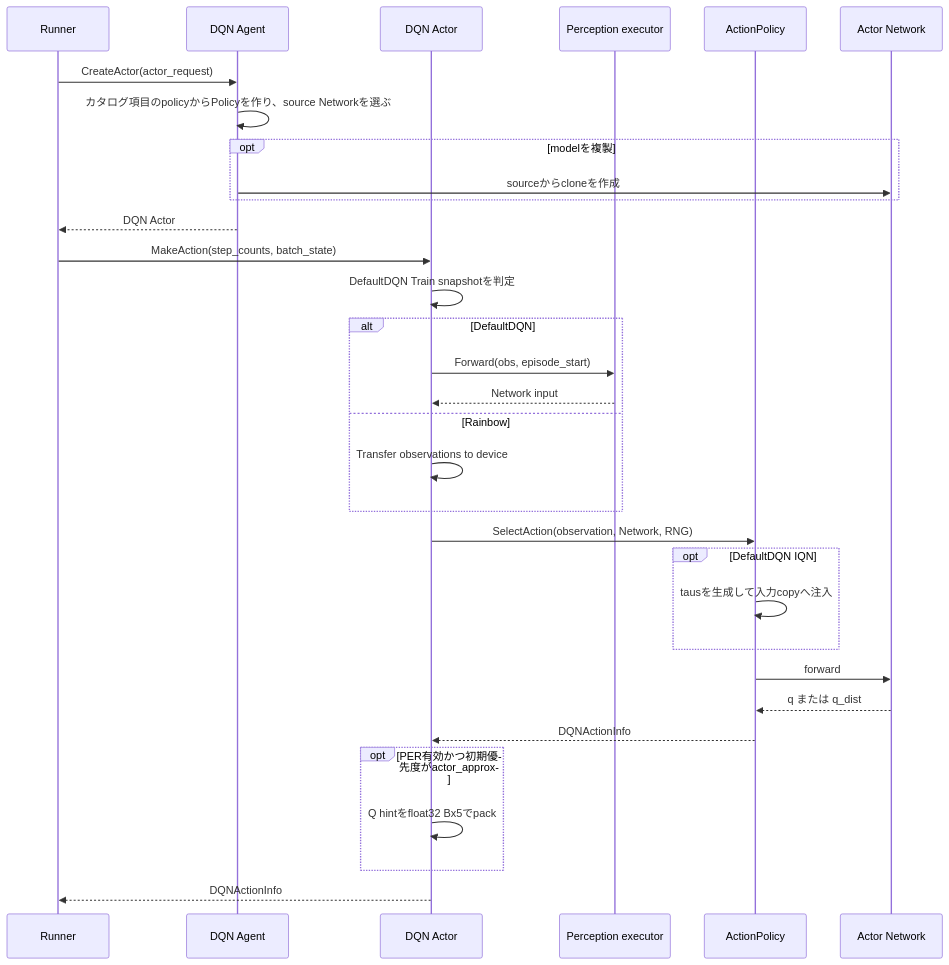
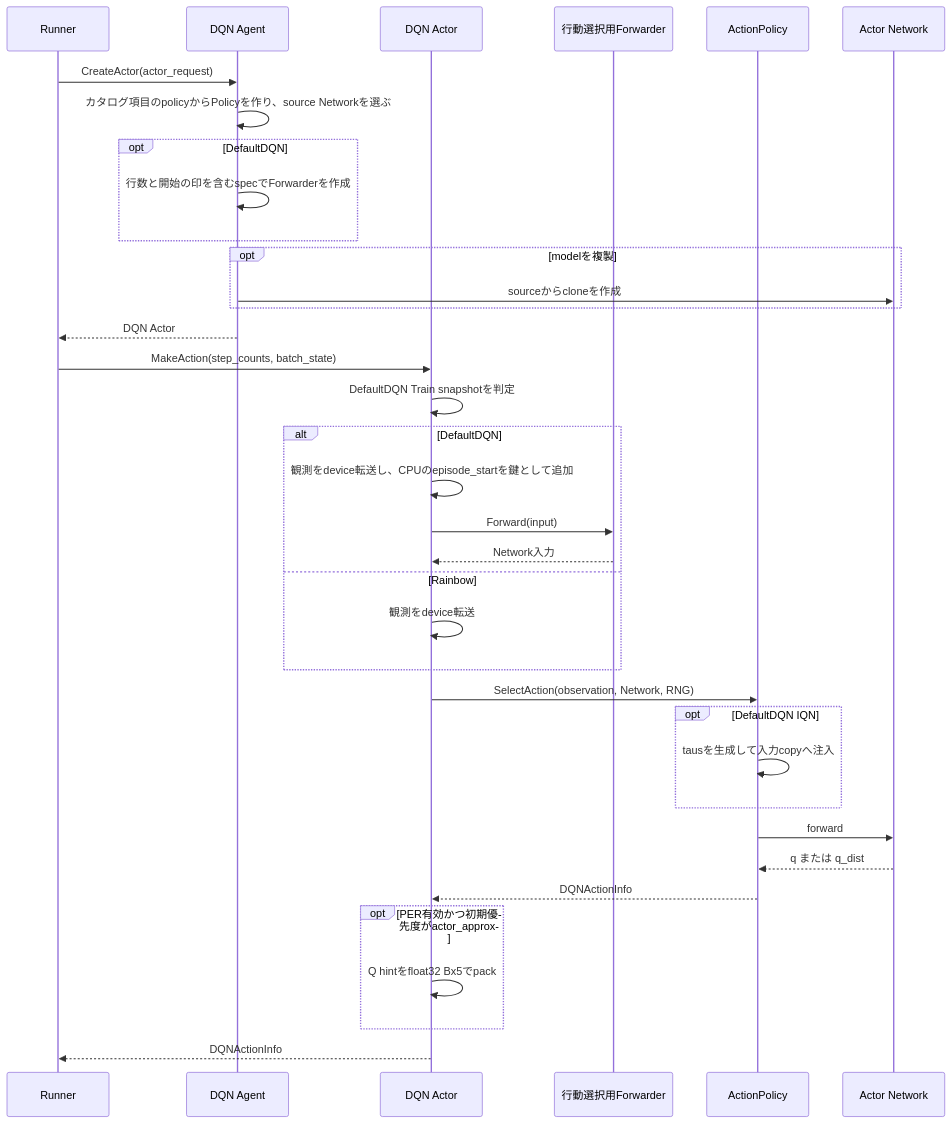
One commit to kazukin123/anet-lab changed the ninth of 11 diagrams in docs/design/200_dqn_agents.en.md. Above: the diagram before and after it, drawn with Mermaid. The commit also changed other lines of this file and 141 other files, not shown here.

````diff
--- a/docs/design/200_dqn_agents.en.md
+++ b/docs/design/200_dqn_agents.en.md
@@ -383,35 +383,39 @@
 ```mermaid
 sequenceDiagram
     participant R as Runner
     participant G as DQN Agent
     participant A as DQN Actor
-    participant S as Perception executor
+    participant S as 行動選択用Forwarder
     participant P as ActionPolicy
     participant N as Actor Network
 
     R->>G: CreateActor(actor_request)
     G->>G: カタログ項目のpolicyからPolicyを作り、source Networkを選ぶ
+    opt DefaultDQN
+        G->>G: 行数と開始の印を含むspecでForwarderを作成
+    end
     opt modelを複製
         G->>N: sourceからcloneを作成
     end
     G-->>R: DQN Actor
     R->>A: MakeAction(step_counts, batch_state)
     A->>A: DefaultDQN Train snapshotを判定
     alt DefaultDQN
-        A->>S: Forward(obs, episode_start)
-        S-->>A: Network input
+        A->>A: 観測をdevice転送し、CPUのepisode_startを鍵として追加
+        A->>S: Forward(input)
+        S-->>A: Network入力
     else Rainbow
-        A->>A: Transfer observations to device
+        A->>A: 観測をdevice転送
     end
     A->>P: SelectAction(observation, Network, RNG)
     opt DefaultDQN IQN
         P->>P: tausを生成して入力copyへ注入
     end
     P->>N: forward
     N-->>P: q または q_dist
     P-->>A: DQNActionInfo
     opt PER有効かつ初期優先度がactor_approx
         A->>A: Q hintをfloat32 Bx5でpack
     end
     A-->>R: DQNActionInfo
 ```
````
